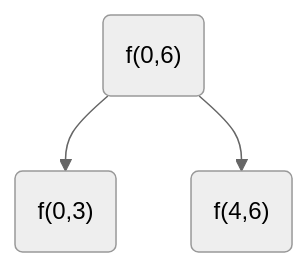
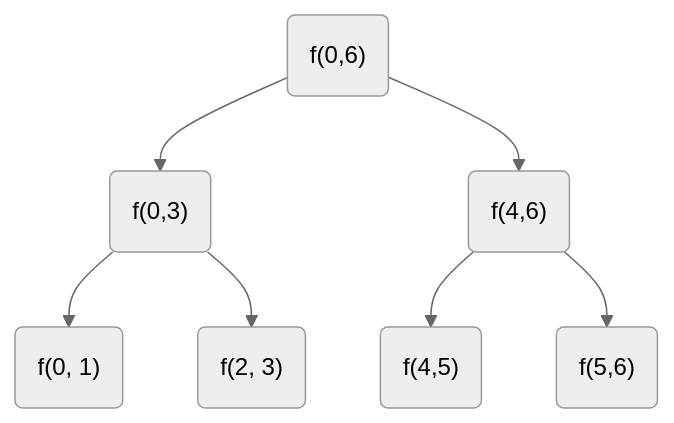
One commit to ImtiazKhanDS/notes changed the fifth of 5 diagrams in Technical/DSA/Recursion.md. Above: the diagram before and after it, drawn with Mermaid (neutral theme).

Commit message:
Commit from imtiaz_personal_laptop on 04/10/2024, 12:27:38

````diff
--- a/Technical/DSA/Recursion.md
+++ b/Technical/DSA/Recursion.md
@@ -340,10 +340,21 @@
 ```mermaid
 graph TD
 
 f0("f(0, 6)") --> f1("f(0,3)")
 
 f0("f(0,6)") --> f2("f(4,6)")
 
+f1("f(0,3)") --> f4("f(0, 1)")
+
+
+f1("f(0,3)") --> f5("f(2, 3)")
+
+
+
+f2("f(4,6)") --> f7("f(4,5)")
+
+f2("f(4,6)") --> f6("f(5,6)")
+
 
 
 ```
````
